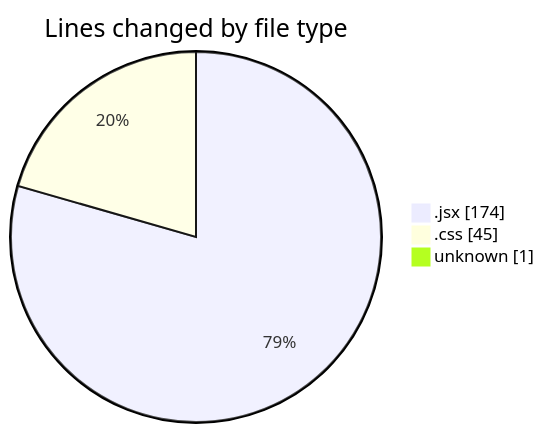
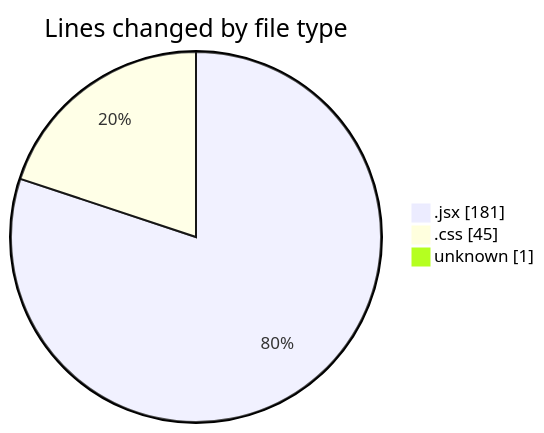
The first of 2 diagrams in 2025-02-06/react_ecom/README.md (Elitesun/code-tracking), drawn with Mermaid before and after one commit. The commit also changed other lines of this file and 1 other file, not shown here.

````diff
--- a/2025-02-06/react_ecom/README.md
+++ b/2025-02-06/react_ecom/README.md
@@ -24,7 +24,7 @@
 ```mermaid
 pie showData
 title Lines changed by file type
-".jsx" : 174
+".jsx" : 181
 ".css" : 45
 "unknown" : 1
 ```
````
